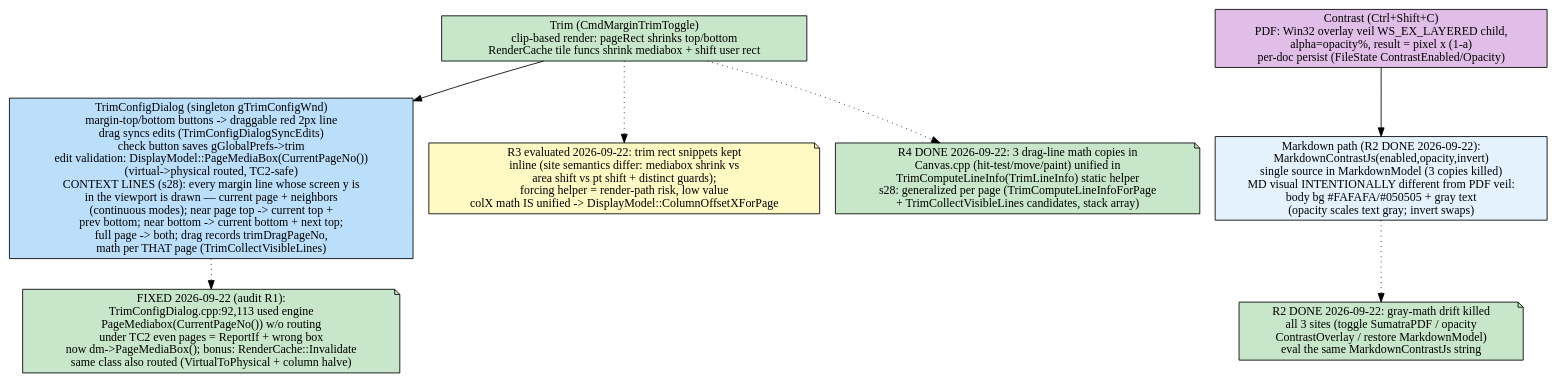
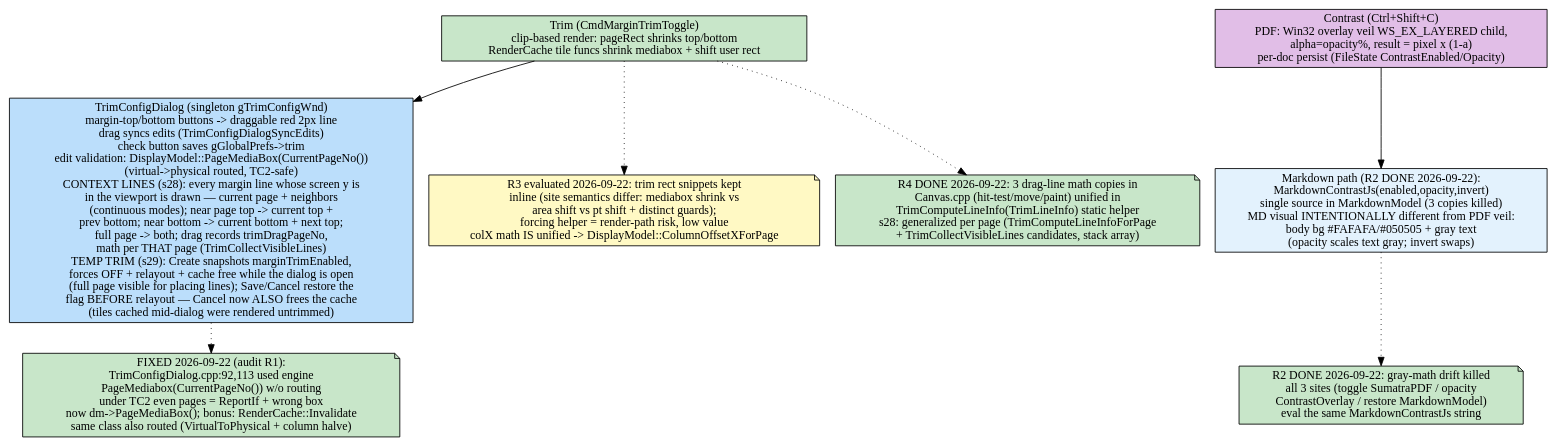
One commit to FelipeTesta/TumatraPDF changed the diagram in FLOW/trim-contrast.dot. Above: the diagram before and after it, drawn with Graphviz. The commit also changed 17 other files, not shown here.

First line of the commit message:
feat(flashcard): s29+s30 - keyboard-help fork sections + resizable sheet, trim temp-disable, Import + Session windows, Settings rename/header, Filter dark-theme

```diff
--- a/FLOW/trim-contrast.dot
+++ b/FLOW/trim-contrast.dot
@@ -1,21 +1,21 @@
 digraph TrimContrast {
     rankdir=TB;
     node [shape=box, style=rounded];
 
     trim [label="Trim (CmdMarginTrimToggle)\nclip-based render: pageRect shrinks top/bottom\nRenderCache tile funcs shrink mediabox + shift user rect", fillcolor="#c8e6c9", style=filled];
-    trimdlg [label="TrimConfigDialog (singleton gTrimConfigWnd)\nmargin-top/bottom buttons -> draggable red 2px line\ndrag syncs edits (TrimConfigDialogSyncEdits)\ncheck button saves gGlobalPrefs->trim\nedit validation: DisplayModel::PageMediaBox(CurrentPageNo())\n(virtual->physical routed, TC2-safe)\nCONTEXT LINES (s28): every margin line whose screen y is\nin the viewport is drawn — current page + neighbors\n(continuous modes); near page top -> current top +\nprev bottom; near bottom -> current bottom + next top;\nfull page -> both; drag records trimDragPageNo,\nmath per THAT page (TrimCollectVisibleLines)", fillcolor="#bbdefb", style=filled];
+    trimdlg [label="TrimConfigDialog (singleton gTrimConfigWnd)\nmargin-top/bottom buttons -> draggable red 2px line\ndrag syncs edits (TrimConfigDialogSyncEdits)\ncheck button saves gGlobalPrefs->trim\nedit validation: DisplayModel::PageMediaBox(CurrentPageNo())\n(virtual->physical routed, TC2-safe)\nCONTEXT LINES (s28): every margin line whose screen y is\nin the viewport is drawn — current page + neighbors\n(continuous modes); near page top -> current top +\nprev bottom; near bottom -> current bottom + next top;\nfull page -> both; drag records trimDragPageNo,\nmath per THAT page (TrimCollectVisibleLines)\nTEMP TRIM (s29): Create snapshots marginTrimEnabled,\nforces OFF + relayout + cache free while the dialog is open\n(full page visible for placing lines); Save/Cancel restore the\nflag BEFORE relayout — Cancel now ALSO frees the cache\n(tiles cached mid-dialog were rendered untrimmed)", fillcolor="#bbdefb", style=filled];
     trimbug [label="FIXED 2026-09-22 (audit R1):\nTrimConfigDialog.cpp:92,113 used engine\nPageMediabox(CurrentPageNo()) w/o routing\nunder TC2 even pages = ReportIf + wrong box\nnow dm->PageMediaBox(); bonus: RenderCache::Invalidate\nsame class also routed (VirtualToPhysical + column halve)", shape=note, fillcolor="#c8e6c9", style=filled];
     trimdup [label="R3 evaluated 2026-09-22: trim rect snippets kept\ninline (site semantics differ: mediabox shrink vs\narea shift vs pt shift + distinct guards);\nforcing helper = render-path risk, low value\ncolX math IS unified -> DisplayModel::ColumnOffsetXForPage", shape=note, fillcolor="#fff9c4", style=filled];
     trimlines [label="R4 DONE 2026-09-22: 3 drag-line math copies in\nCanvas.cpp (hit-test/move/paint) unified in\nTrimComputeLineInfo(TrimLineInfo) static helper\ns28: generalized per page (TrimComputeLineInfoForPage\n+ TrimCollectVisibleLines candidates, stack array)", shape=note, fillcolor="#c8e6c9", style=filled];
 
     contrast [label="Contrast (Ctrl+Shift+C)\nPDF: Win32 overlay veil WS_EX_LAYERED child,\nalpha=opacity%, result = pixel x (1-a)\nper-doc persist (FileState ContrastEnabled/Opacity)", fillcolor="#e1bee7", style=filled];
     cmd [label="Markdown path (R2 DONE 2026-09-22):\nMarkdownContrastJs(enabled,opacity,invert)\nsingle source in MarkdownModel (3 copies killed)\nMD visual INTENTIONALLY different from PDF veil:\nbody bg #FAFAFA/#050505 + gray text\n(opacity scales text gray; invert swaps)", fillcolor="#e3f2fd", style=filled];
     contrastdup [label="R2 DONE 2026-09-22: gray-math drift killed\nall 3 sites (toggle SumatraPDF / opacity\nContrastOverlay / restore MarkdownModel)\neval the same MarkdownContrastJs string", shape=note, fillcolor="#c8e6c9", style=filled];
 
     trim -> trimdlg;
     trimdlg -> trimbug [style=dotted];
     trim -> trimdup [style=dotted];
     trim -> trimlines [style=dotted];
     contrast -> cmd;
     cmd -> contrastdup [style=dotted];
 }
```
